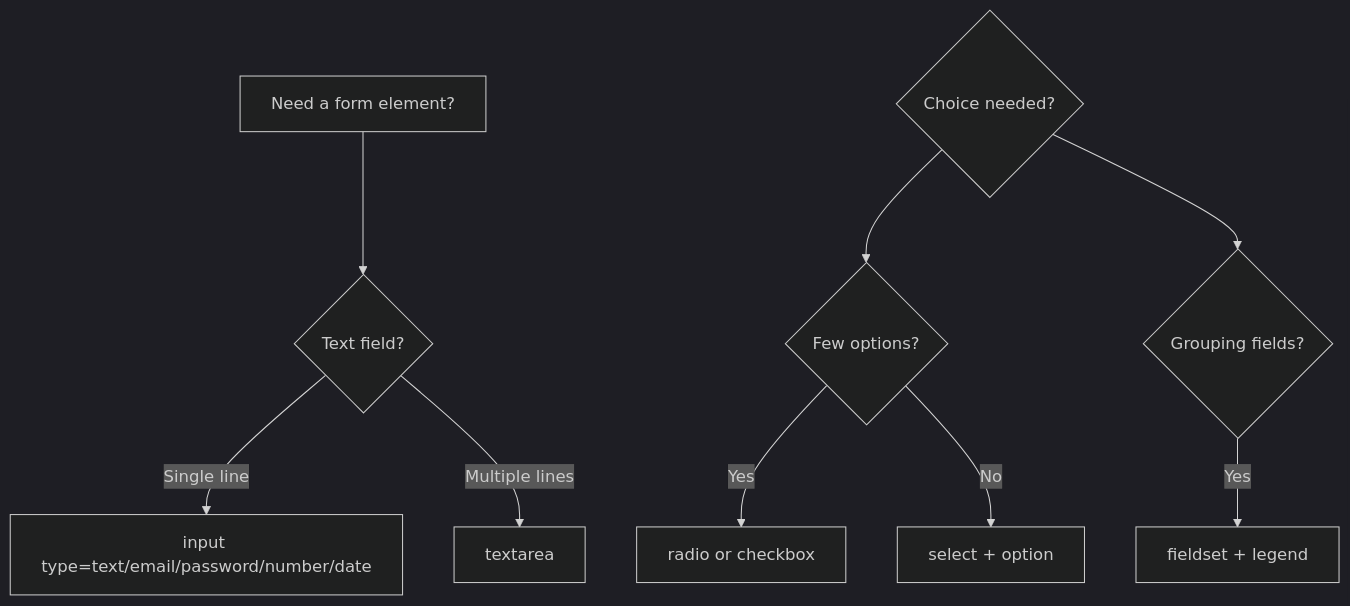
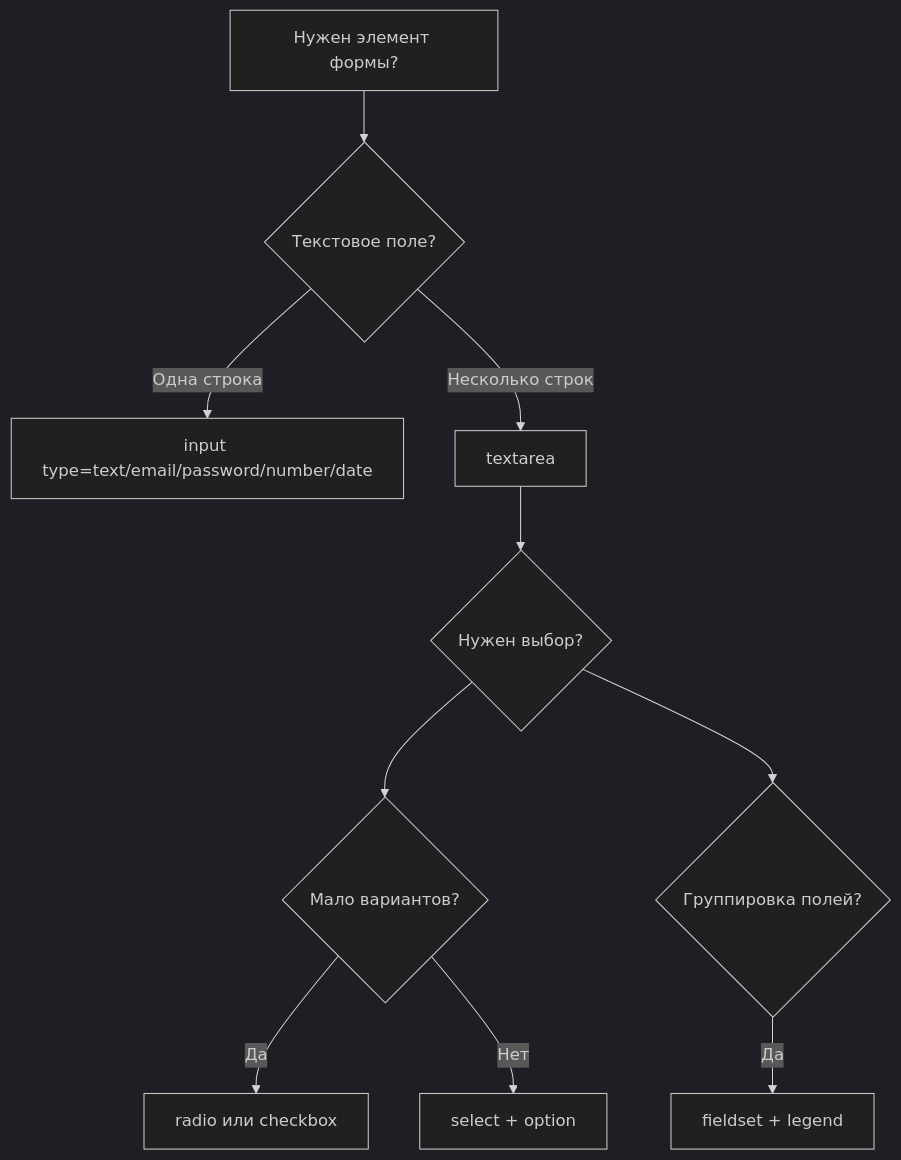
One commit to JLearn-space/HTML changed the first of 2 diagrams in Lesson-7/ru/Формы ч-2.md. Above: the diagram before and after it, drawn with Mermaid (dark theme). The commit also changed other lines of this file and 12 other files, not shown here.

Commit message:
Fix typos, broken markdown, Mermaid diagrams, localize RU/UZ labels, rename mixed-script filename

````diff
--- a/Lesson-7/ru/Формы ч-2.md
+++ b/Lesson-7/ru/Формы ч-2.md
@@ -5,11 +5,12 @@
 ```mermaid
 flowchart TD
-    A["Need a form element?"] --> B{"Text field?"}
-    B -->|"Single line"| C["input type=text/email/password/number/date"]
-    B -->|"Multiple lines"| D["textarea"]
-    E{"Choice needed?"} --> F{"Few options?"}
-    F -->|Yes| G["radio or checkbox"]
-    F -->|No| H["select + option"]
-    E --> I{"Grouping fields?"}
-    I -->|Yes| J["fieldset + legend"]
+    A["Нужен элемент формы?"] --> B{"Текстовое поле?"}
+    B -->|"Одна строка"| C["input type=text/email/password/number/date"]
+    B -->|"Несколько строк"| D["textarea"]
+    D --> E{"Нужен выбор?"}
+    E --> F{"Мало вариантов?"}
+    F -->|Да| G["radio или checkbox"]
+    F -->|Нет| H["select + option"]
+    E --> I{"Группировка полей?"}
+    I -->|Да| J["fieldset + legend"]
 ```
````
